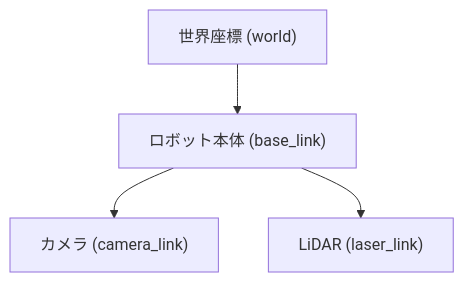
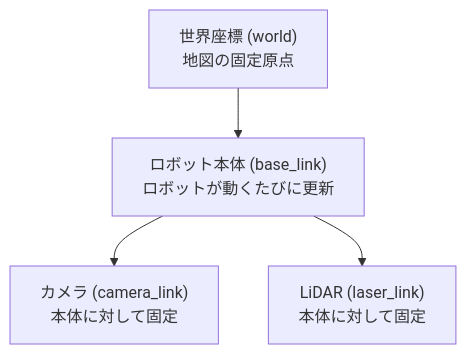
The second of 4 diagrams in docs/12_tf.md (Harlequinade1123/ros1-tutorials), drawn with Mermaid before and after one commit. The commit also changed other lines of this file, not shown here.

````diff
--- a/docs/12_tf.md
+++ b/docs/12_tf.md
@@ -11,10 +57,10 @@
 ```mermaid
 graph TD
-    world["世界座標 (world)"]
-    base_link["ロボット本体 (base_link)"]
-    camera_link["カメラ (camera_link)"]
-    laser_link["LiDAR (laser_link)"]
+    world["世界座標 (world)<br/>地図の固定原点"]
+    base_link["ロボット本体 (base_link)<br/>ロボットが動くたびに更新"]
+    camera_link["カメラ (camera_link)<br/>本体に対して固定"]
+    laser_link["LiDAR (laser_link)<br/>本体に対して固定"]
     world --> base_link
     base_link --> camera_link
     base_link --> laser_link
 ```
````
